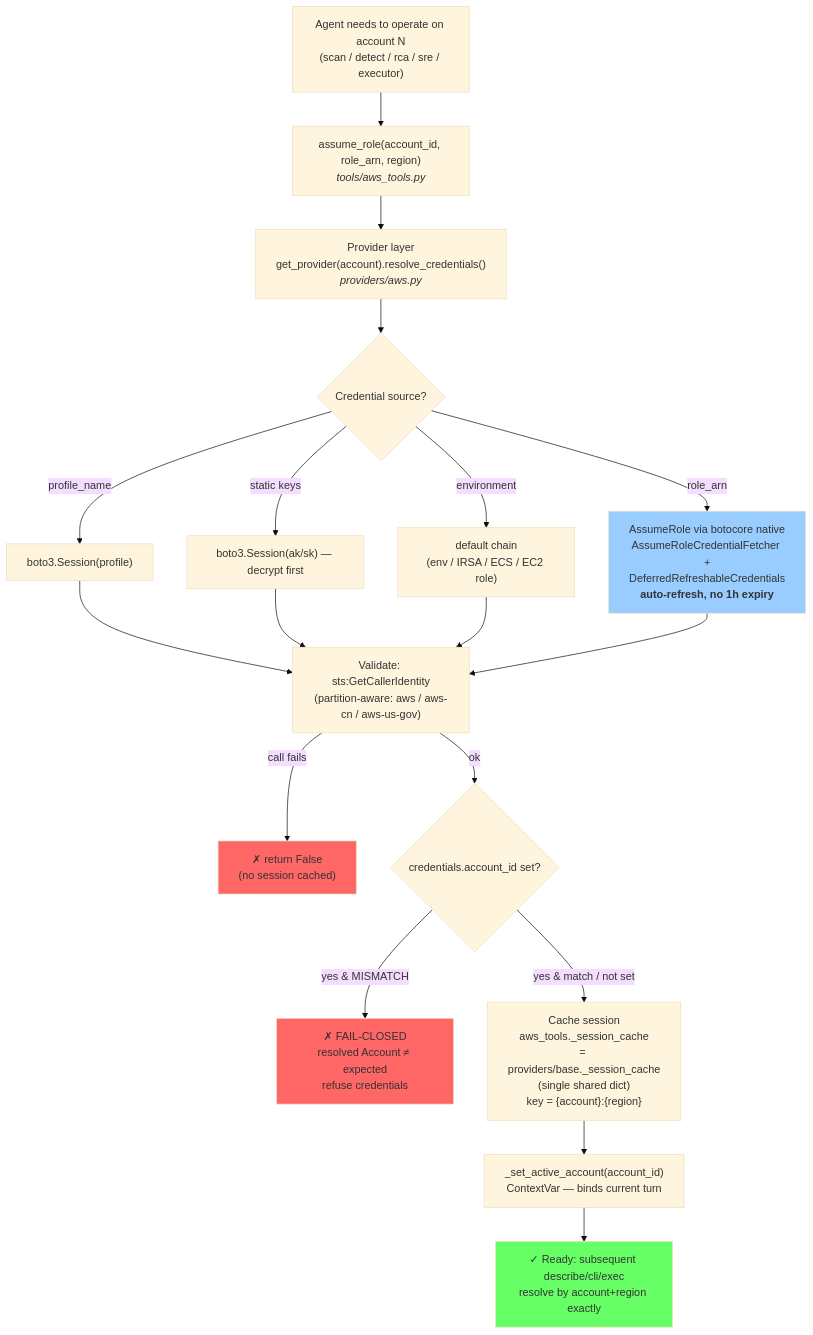
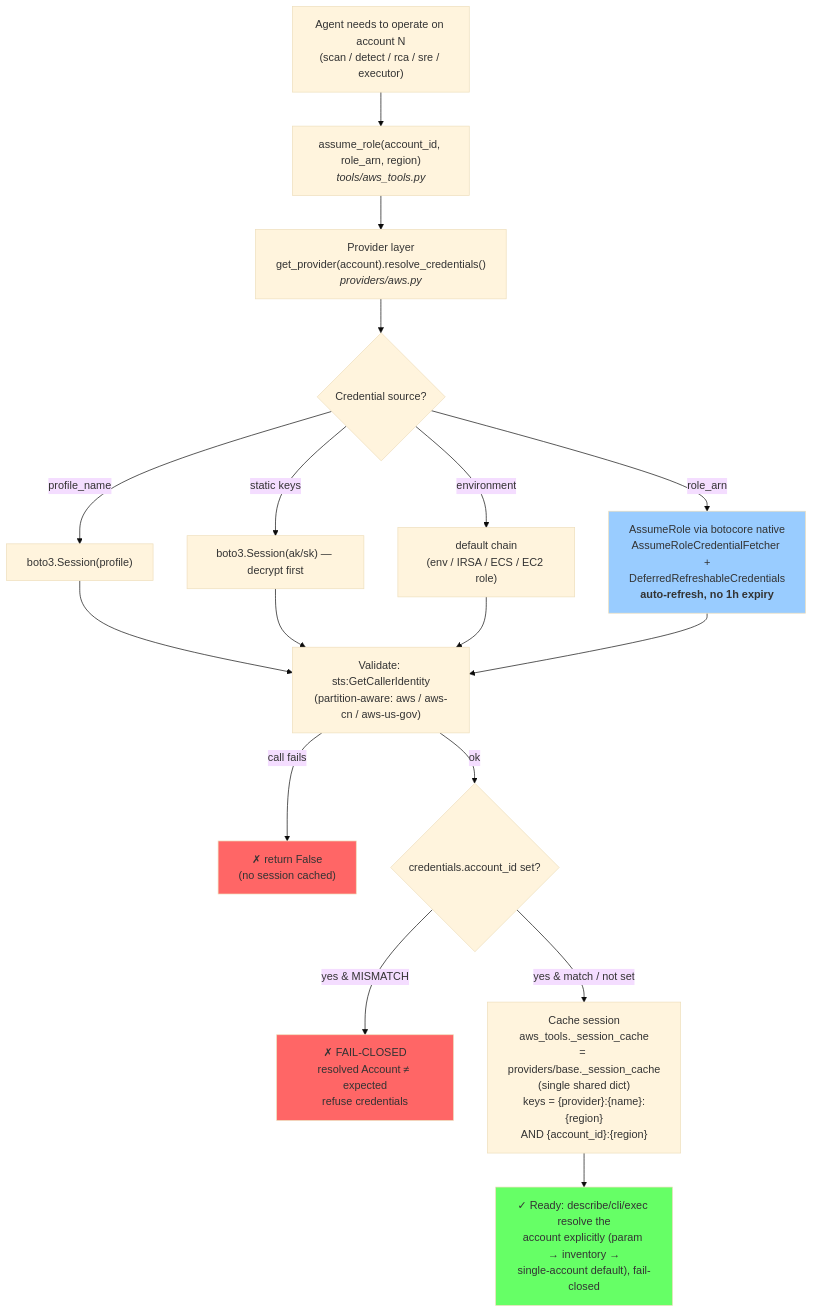
Before and after one commit to LiboMa/agenticops-chat: the second of 15 diagrams in docs/WORKFLOW.md, drawn with Mermaid (base theme). The commit also changed other lines of this file and 34 other files, not shown here.

````diff
--- a/docs/WORKFLOW.md
+++ b/docs/WORKFLOW.md
@@ -134,31 +134,30 @@
 ```mermaid
 flowchart TD
     START["Agent needs to operate on account N<br/>(scan / detect / rca / sre / executor)"] --> ASSUME["assume_role(account_id, role_arn, region)<br/><i>tools/aws_tools.py</i>"]
 
     ASSUME --> PROV["Provider layer<br/>get_provider(account).resolve_credentials()<br/><i>providers/aws.py</i>"]
 
     PROV --> SRC{"Credential source?"}
     SRC -->|"profile_name"| BASE["boto3.Session(profile)"]
     SRC -->|"static keys"| BASE2["boto3.Session(ak/sk) — decrypt first"]
     SRC -->|"environment"| BASE3["default chain<br/>(env / IRSA / ECS / EC2 role)"]
     SRC -->|"role_arn"| REFRESH["AssumeRole via botocore native<br/>AssumeRoleCredentialFetcher +<br/>DeferredRefreshableCredentials<br/><b>auto-refresh, no 1h expiry</b>"]
 
     BASE --> VALID
     BASE2 --> VALID
     BASE3 --> VALID
     REFRESH --> VALID["Validate: sts:GetCallerIdentity<br/>(partition-aware: aws / aws-cn / aws-us-gov)"]
 
     VALID -->|"call fails"| FAILV["✗ return False<br/>(no session cached)"]
     VALID -->|"ok"| IDCHECK{"credentials.account_id set?"}
 
     IDCHECK -->|"yes & MISMATCH"| FAILID["✗ FAIL-CLOSED<br/>resolved Account ≠ expected<br/>refuse credentials"]
-    IDCHECK -->|"yes & match / not set"| CACHE["Cache session<br/>aws_tools._session_cache<br/>= providers/base._session_cache<br/>(single shared dict)<br/>key = {account}:{region}"]
+    IDCHECK -->|"yes & match / not set"| CACHE["Cache session<br/>aws_tools._session_cache<br/>= providers/base._session_cache<br/>(single shared dict)<br/>keys = {provider}:{name}:{region}<br/>AND {account_id}:{region}"]
 
-    CACHE --> CTX["_set_active_account(account_id)<br/>ContextVar — binds current turn"]
-    CTX --> READY["✓ Ready: subsequent describe/cli/exec<br/>resolve by account+region exactly"]
+    CACHE --> READY["✓ Ready: describe/cli/exec resolve the<br/>account explicitly (param → inventory →<br/>single-account default), fail-closed"]
 
     style FAILV fill:#f66
     style FAILID fill:#f66
     style READY fill:#6f6
     style REFRESH fill:#9cf
 ```
````
